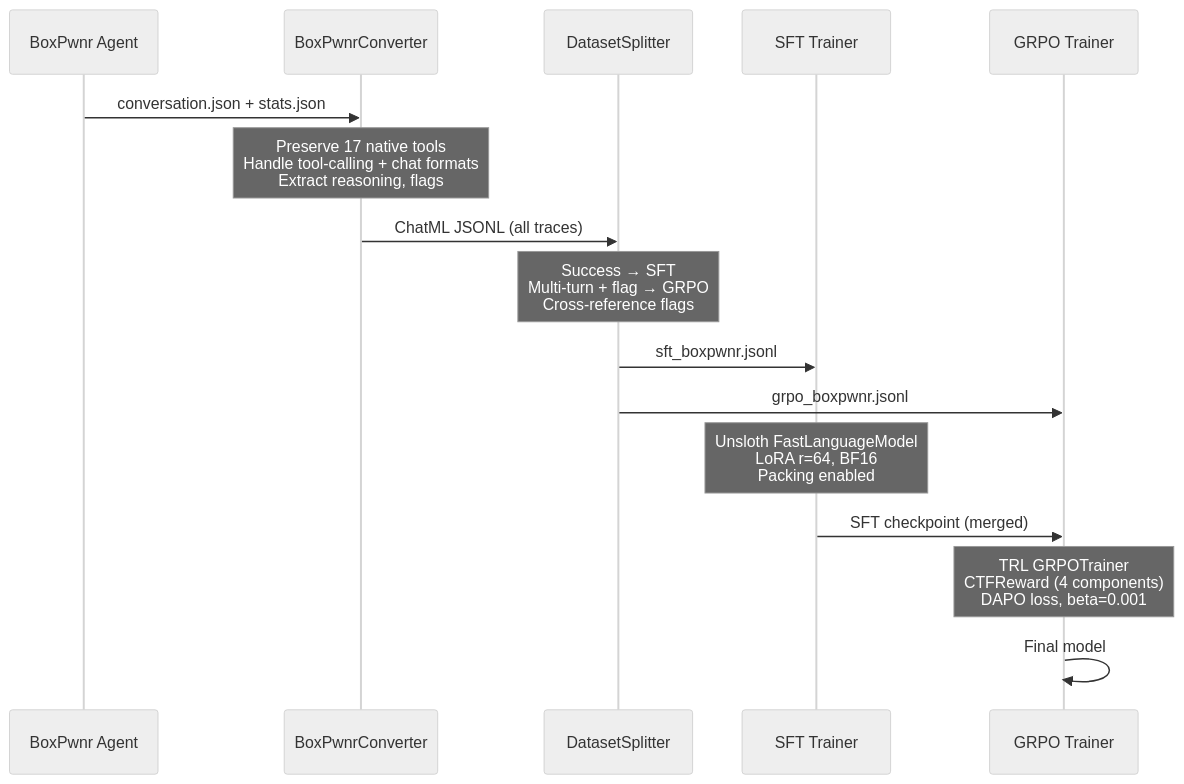
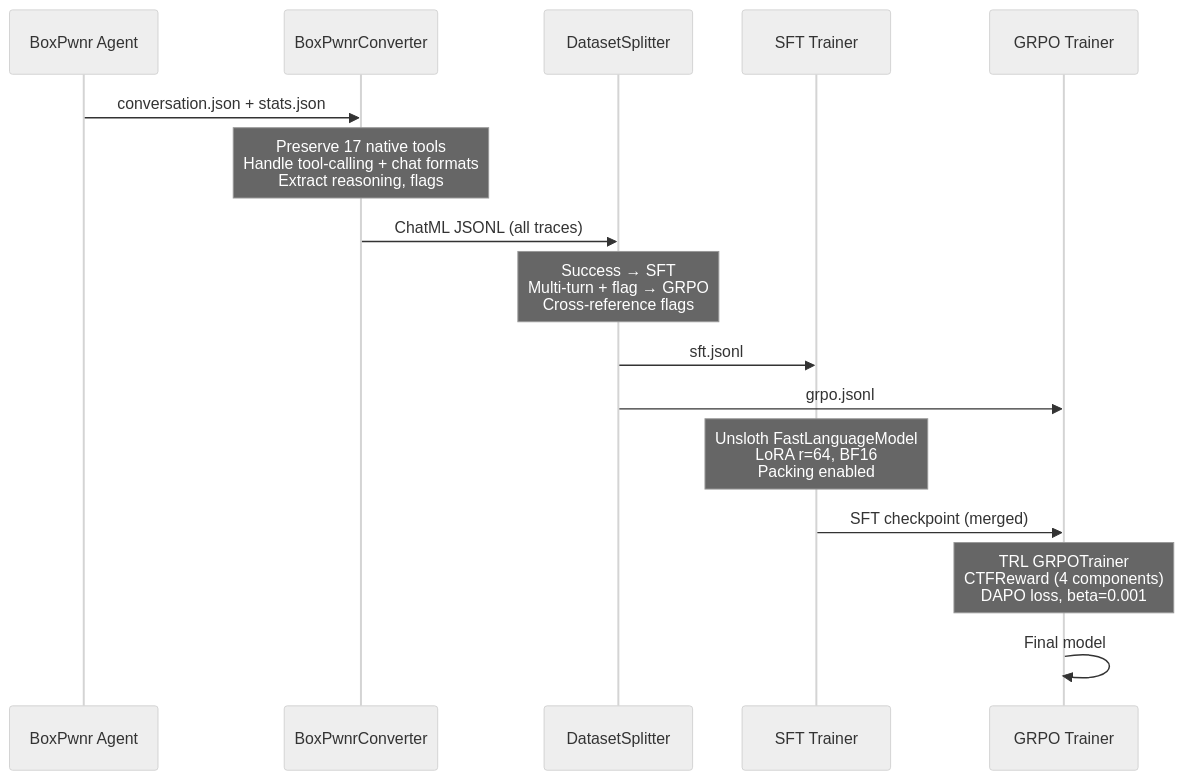
One commit to westonbrown/open-ctf-env changed the third of 12 diagrams in docs/architecture.md. Above: the diagram before and after it, drawn with Mermaid (neutral theme). The commit also changed other lines of this file and 19 other files, not shown here.

````diff
--- a/docs/architecture.md
+++ b/docs/architecture.md
@@ -89,22 +89,22 @@
 ```mermaid
 sequenceDiagram
     participant BP as BoxPwnr Agent
     participant Conv as BoxPwnrConverter
     participant Split as DatasetSplitter
     participant SFT as SFT Trainer
     participant GRPO as GRPO Trainer
 
     BP->>Conv: conversation.json + stats.json
     Note over Conv: Preserve 17 native tools<br/>Handle tool-calling + chat formats<br/>Extract reasoning, flags
     Conv->>Split: ChatML JSONL (all traces)
 
     Note over Split: Success → SFT<br/>Multi-turn + flag → GRPO<br/>Cross-reference flags
-    Split->>SFT: sft_boxpwnr.jsonl
-    Split->>GRPO: grpo_boxpwnr.jsonl
+    Split->>SFT: sft.jsonl
+    Split->>GRPO: grpo.jsonl
 
     Note over SFT: Unsloth FastLanguageModel<br/>LoRA r=64, BF16<br/>Packing enabled
     SFT->>GRPO: SFT checkpoint (merged)
 
     Note over GRPO: TRL GRPOTrainer<br/>CTFReward (4 components)<br/>DAPO loss, beta=0.001
     GRPO->>GRPO: Final model
 ```
````
